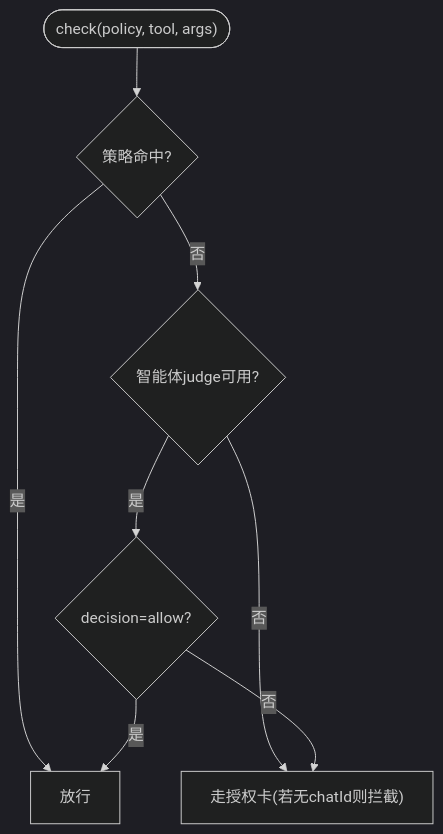
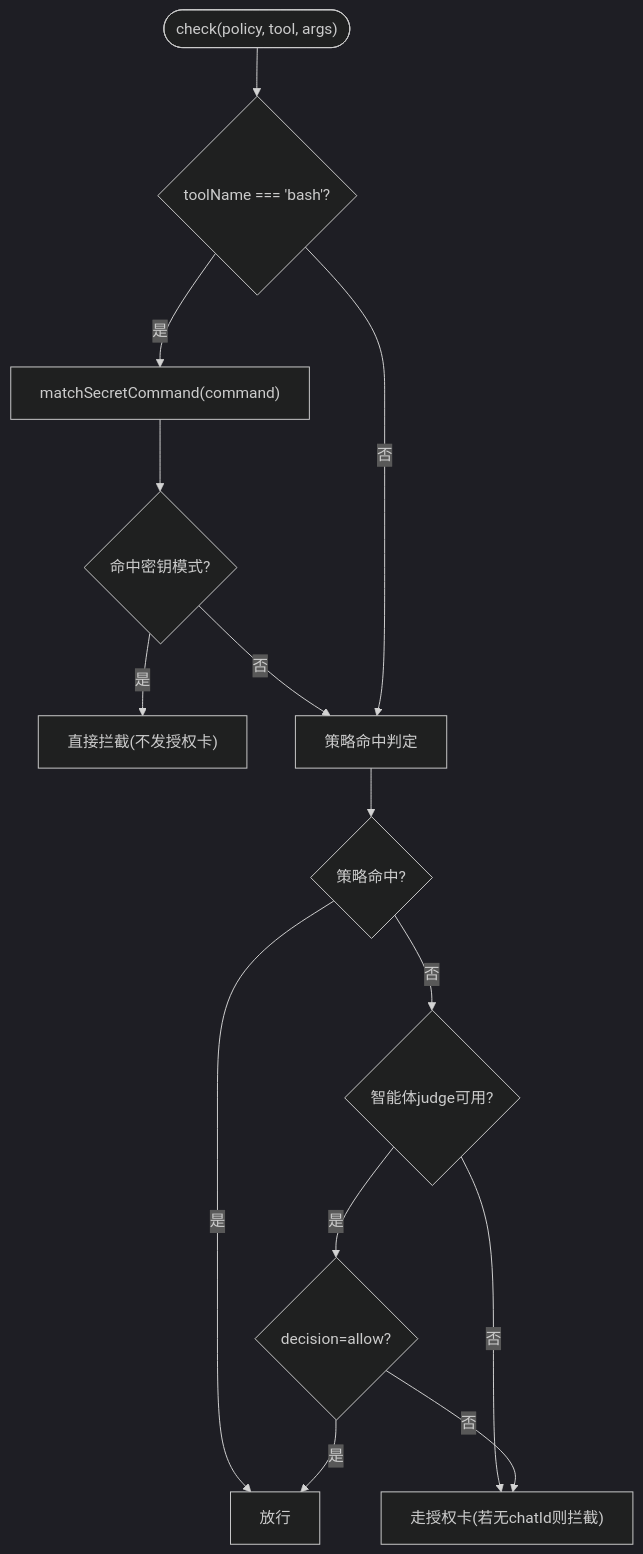
One commit to HeXiaoShu520/feishu-pi changed the fourth of 7 diagrams in .qoder/repowiki/zh/content/脚本工具系统/安全控制/安全控制.md. Above: the diagram before and after it, drawn with Mermaid (dark theme). The commit also changed other lines of this file and 47 other files, not shown here.

````diff
--- a/.qoder/repowiki/zh/content/脚本工具系统/安全控制/安全控制.md
+++ b/.qoder/repowiki/zh/content/脚本工具系统/安全控制/安全控制.md
@@ -214,10 +260,16 @@
 ```mermaid
 flowchart TD
-S(["check(policy, tool, args)"]) --> Hit{"策略命中?"}
+S(["check(policy, tool, args)"]) --> BashCheck{"toolName === 'bash'?"}
+BashCheck --> |是| SecretFilter["matchSecretCommand(command)"]
+SecretFilter --> SecretHit{"命中密钥模式?"}
+SecretHit --> |是| Block["直接拦截(不发授权卡)"]
+SecretHit --> |否| PolicyCheck["策略命中判定"]
+BashCheck --> |否| PolicyCheck
+PolicyCheck --> Hit{"策略命中?"}
 Hit --> |是| Allow["放行"]
 Hit --> |否| Judge{"智能体judge可用?"}
 Judge --> |否| Ask["走授权卡(若无chatId则拦截)"]
 Judge --> |是| Res{"decision=allow?"}
 Res --> |是| Allow
 Res --> |否| Ask
 ```
````
